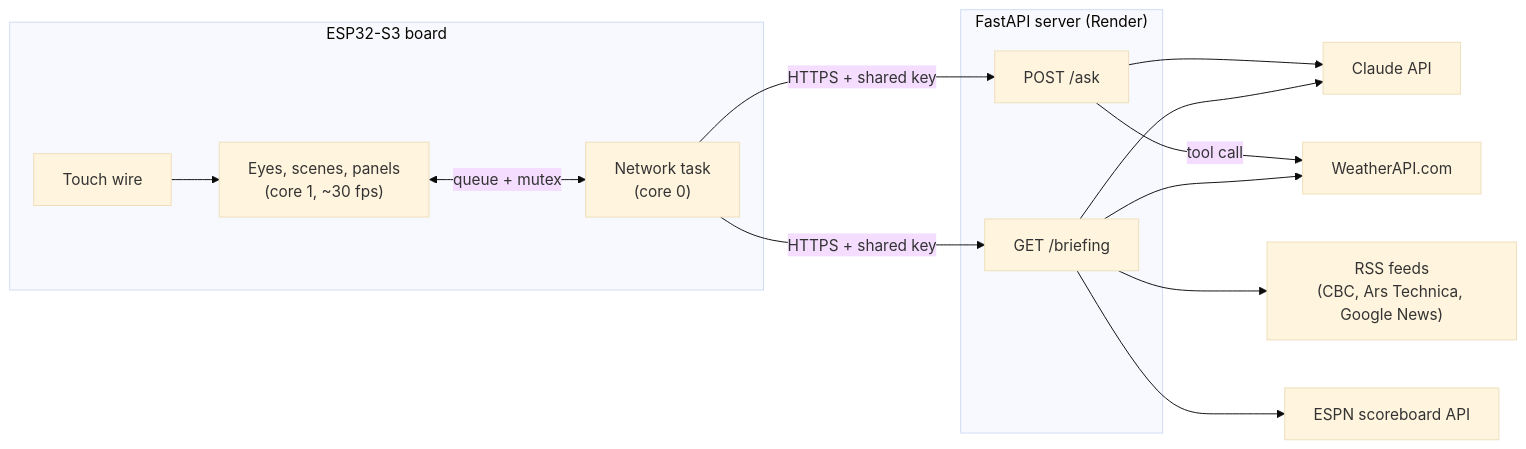
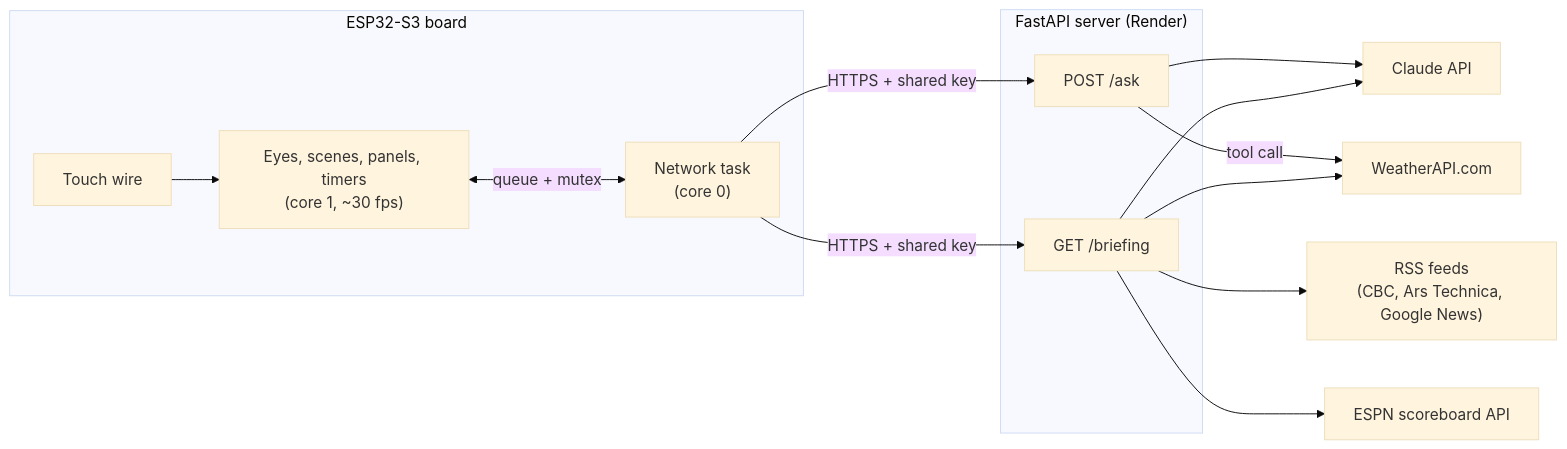
One commit to benhaydu/desk-pet changed the diagram in README.md. Above: the diagram before and after it, drawn with Mermaid (base theme). The commit also changed other lines of this file, not shown here.

Commit message:
Update the README for timers and focus sessions

````diff
--- a/README.md
+++ b/README.md
@@ -16,27 +18,27 @@
 ```mermaid
 flowchart LR
     subgraph Board["ESP32-S3 board"]
-        UI["Eyes, scenes, panels<br/>(core 1, ~30 fps)"]
+        UI["Eyes, scenes, panels, timers<br/>(core 1, ~30 fps)"]
         Net["Network task<br/>(core 0)"]
         Touch["Touch wire"]
     end
     subgraph Server["FastAPI server (Render)"]
         Ask["POST /ask"]
         Brief["GET /briefing"]
     end
     Claude["Claude API"]
     Weather["WeatherAPI.com"]
     News["RSS feeds<br/>(CBC, Ars Technica, Google News)"]
     Sports["ESPN scoreboard API"]
 
     Touch --> UI
     UI <-->|queue + mutex| Net
     Net -->|HTTPS + shared key| Ask
     Net -->|HTTPS + shared key| Brief
     Ask --> Claude
     Ask -->|tool call| Weather
     Brief --> Weather
     Brief --> News
     Brief --> Sports
     Brief --> Claude
 ```
````
